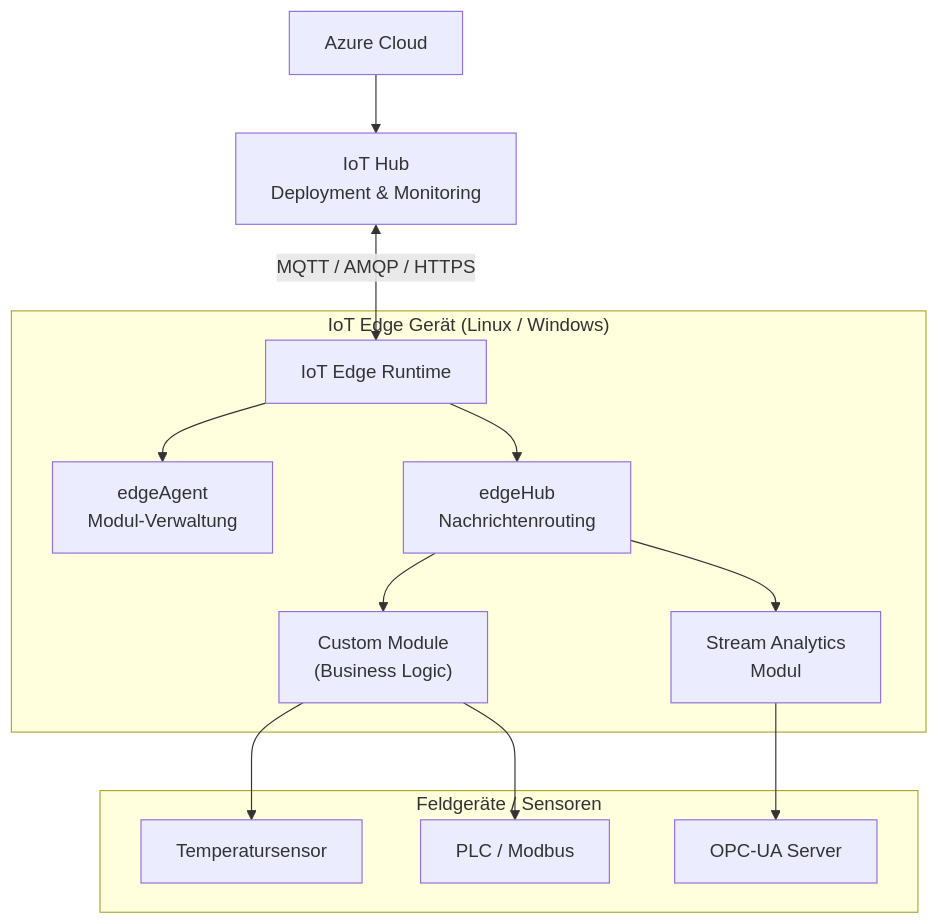
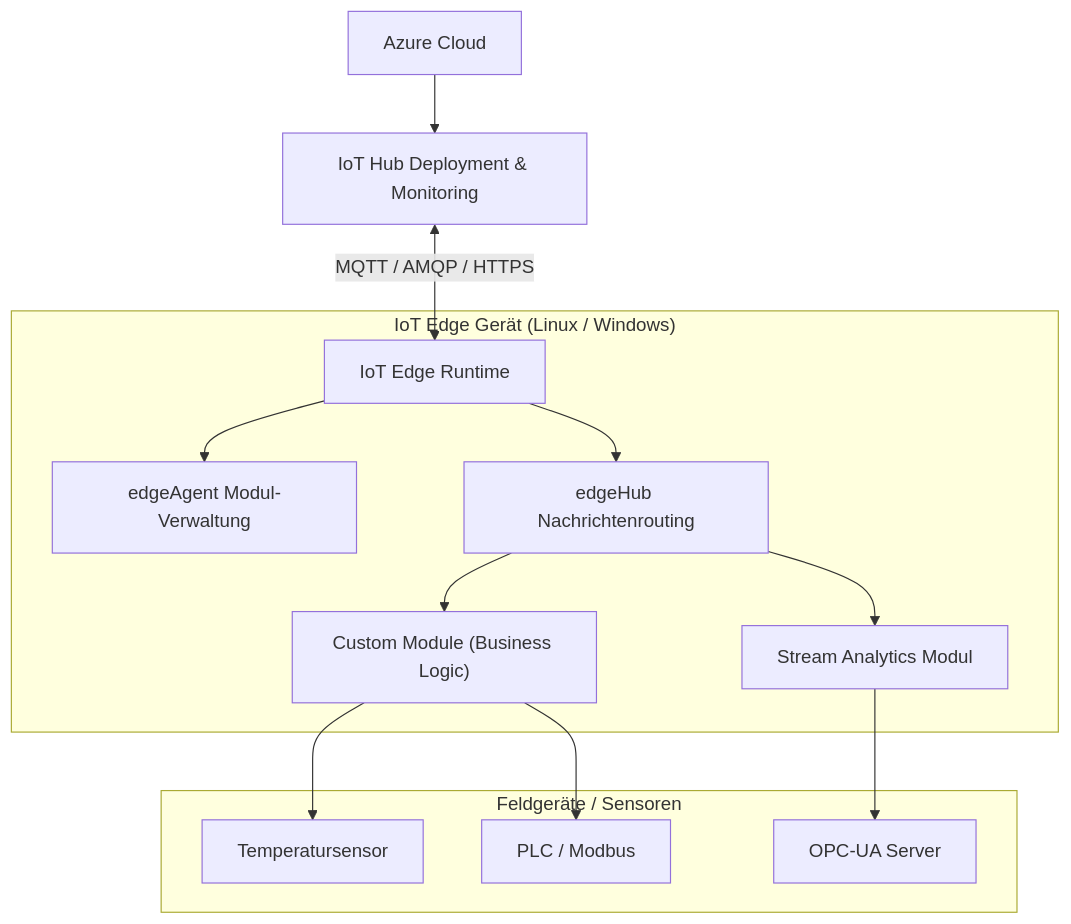
Before and after one commit to SoniiiT/notes-n-docs: the first of 5 diagrams in Microsoft 365/Azure/IoT/Azure IoT Edge.md, drawn with Mermaid. The commit also changed other lines of this file and 124 other files, not shown here.

First line of the commit message:
fix: Entferne \n aus allen Mermaid-Diagrammen (125 Dateien)

````diff
--- a/Microsoft 365/Azure/IoT/Azure IoT Edge.md
+++ b/Microsoft 365/Azure/IoT/Azure IoT Edge.md
@@ -46,28 +46,28 @@
 ```mermaid
 graph TD
-    Cloud["Azure Cloud"] --> IotHub["IoT Hub\nDeployment & Monitoring"]
+    Cloud["Azure Cloud"] --> IotHub["IoT Hub Deployment & Monitoring"]
     IotHub <-->|"MQTT / AMQP / HTTPS"| EdgeRuntime
 
     subgraph EdgeDevice["IoT Edge Gerät (Linux / Windows)"]
         EdgeRuntime["IoT Edge Runtime"]
-        EdgeAgent["edgeAgent\nModul-Verwaltung"]
-        EdgeHub["edgeHub\nNachrichtenrouting"]
-        CustomMod["Custom Module\n(Business Logic)"]
-        StreamMod["Stream Analytics\nModul"]
+        EdgeAgent["edgeAgent Modul-Verwaltung"]
+        EdgeHub["edgeHub Nachrichtenrouting"]
+        CustomMod["Custom Module (Business Logic)"]
+        StreamMod["Stream Analytics Modul"]
     end
 
     EdgeRuntime --> EdgeAgent
     EdgeRuntime --> EdgeHub
     EdgeHub --> CustomMod
     EdgeHub --> StreamMod
 
     subgraph FieldDevices["Feldgeräte / Sensoren"]
         Sensor1["Temperatursensor"]
         Sensor2["PLC / Modbus"]
         Sensor3["OPC-UA Server"]
     end
 
     CustomMod --> Sensor1
     CustomMod --> Sensor2
     StreamMod --> Sensor3
 ```
````
